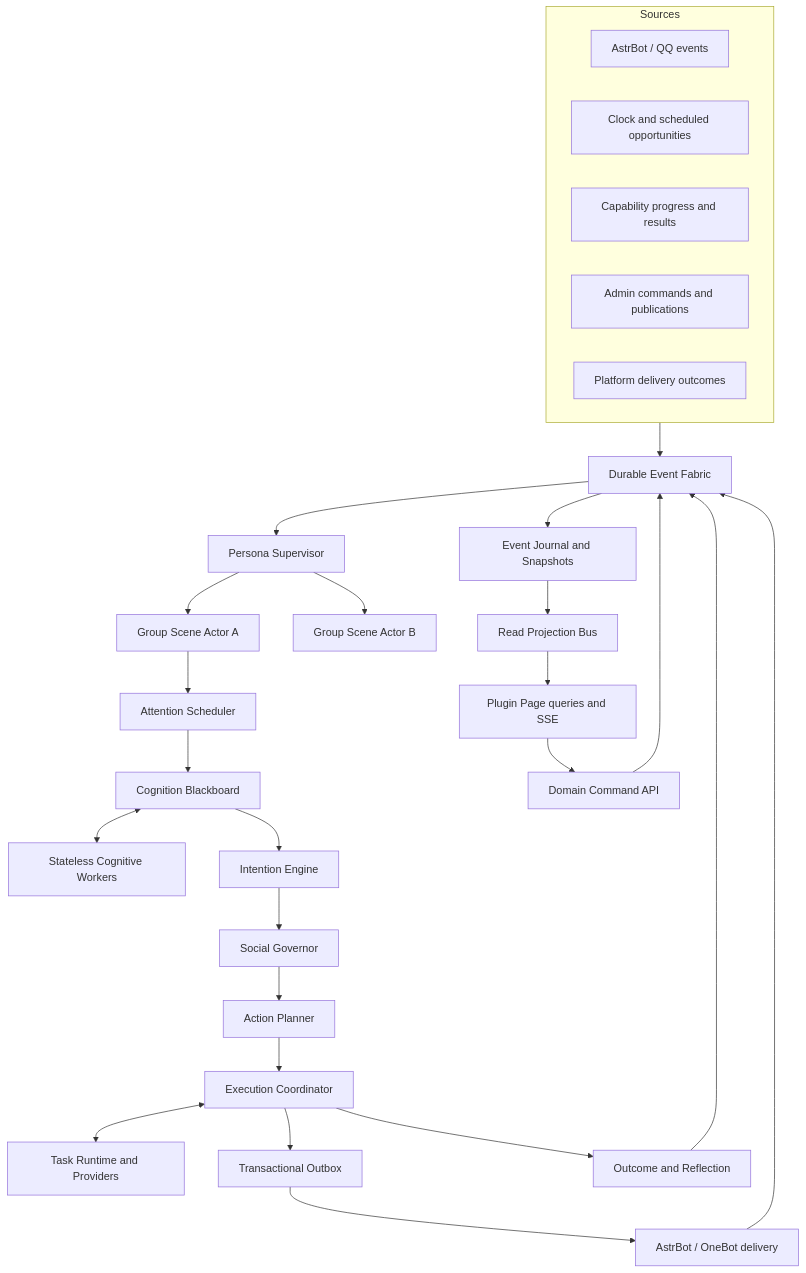
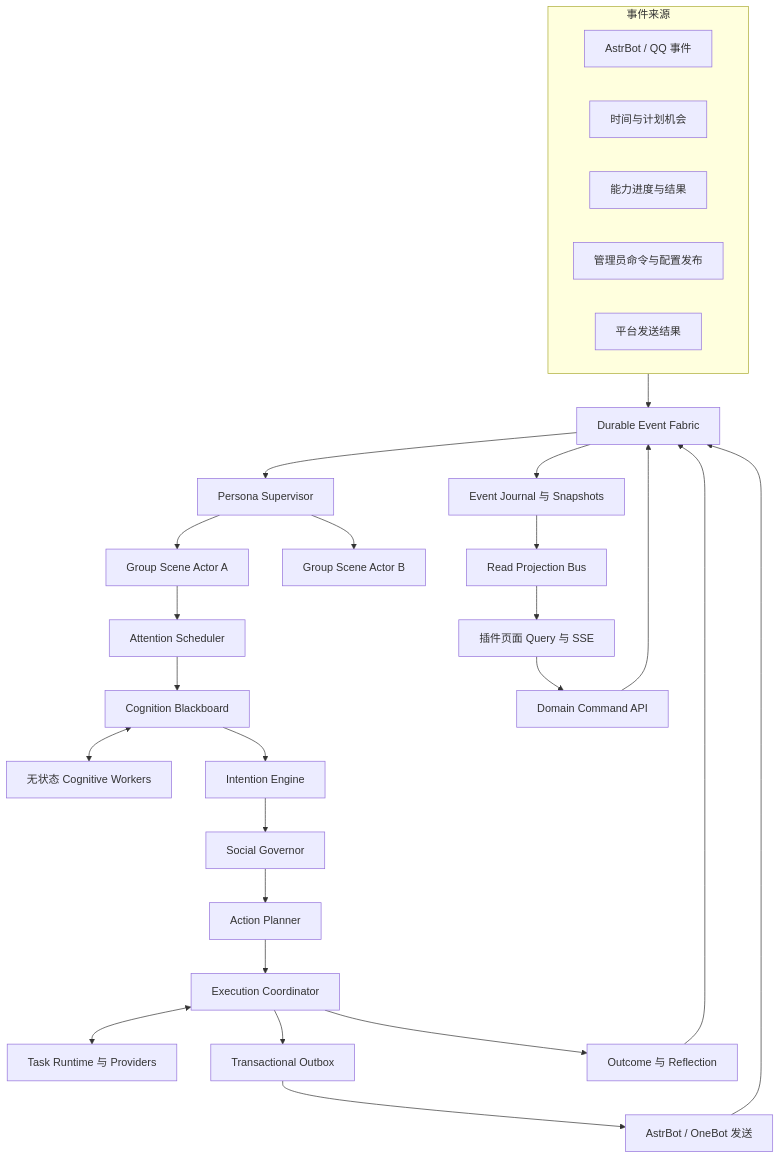
The diagram in docs/superpowers/specs/2026-08-18-groupmate-social-runtime-v2-design.md (minaseyukinosss/astrbot_plugin_groupmate), drawn with Mermaid before and after one commit. The commit also changed other lines of this file and 1 other file, not shown here.

Commit message:
docs: translate social runtime v2 design to Chinese

````diff
--- a/docs/superpowers/specs/2026-08-18-groupmate-social-runtime-v2-design.md
+++ b/docs/superpowers/specs/2026-08-18-groupmate-social-runtime-v2-design.md
@@ -101,35 +101,35 @@
 ```mermaid
 flowchart TB
-    subgraph Sources
-        Platform["AstrBot / QQ events"]
-        Clock["Clock and scheduled opportunities"]
-        Capability["Capability progress and results"]
-        Admin["Admin commands and publications"]
-        Delivery["Platform delivery outcomes"]
+    subgraph Sources["事件来源"]
+        Platform["AstrBot / QQ 事件"]
+        Clock["时间与计划机会"]
+        Capability["能力进度与结果"]
+        Admin["管理员命令与配置发布"]
+        Delivery["平台发送结果"]
     end
 
     Sources --> Fabric["Durable Event Fabric"]
     Fabric --> Supervisor["Persona Supervisor"]
     Supervisor --> GroupA["Group Scene Actor A"]
     Supervisor --> GroupB["Group Scene Actor B"]
 
     GroupA --> Attention["Attention Scheduler"]
     Attention --> Blackboard["Cognition Blackboard"]
-    Blackboard <--> Workers["Stateless Cognitive Workers"]
+    Blackboard <--> Workers["无状态 Cognitive Workers"]
     Blackboard --> Intentions["Intention Engine"]
     Intentions --> Governor["Social Governor"]
     Governor --> Planner["Action Planner"]
     Planner --> Executor["Execution Coordinator"]
-    Executor <--> Tasks["Task Runtime and Providers"]
+    Executor <--> Tasks["Task Runtime 与 Providers"]
     Executor --> Outbox["Transactional Outbox"]
-    Outbox --> PlatformAdapter["AstrBot / OneBot delivery"]
+    Outbox --> PlatformAdapter["AstrBot / OneBot 发送"]
     PlatformAdapter --> Fabric
-    Executor --> Reflection["Outcome and Reflection"]
+    Executor --> Reflection["Outcome 与 Reflection"]
     Reflection --> Fabric
 
-    Fabric --> Journal["Event Journal and Snapshots"]
+    Fabric --> Journal["Event Journal 与 Snapshots"]
     Journal --> Projections["Read Projection Bus"]
-    Projections --> Page["Plugin Page queries and SSE"]
+    Projections --> Page["插件页面 Query 与 SSE"]
     Page --> Commands["Domain Command API"]
     Commands --> Fabric
 ```
````
